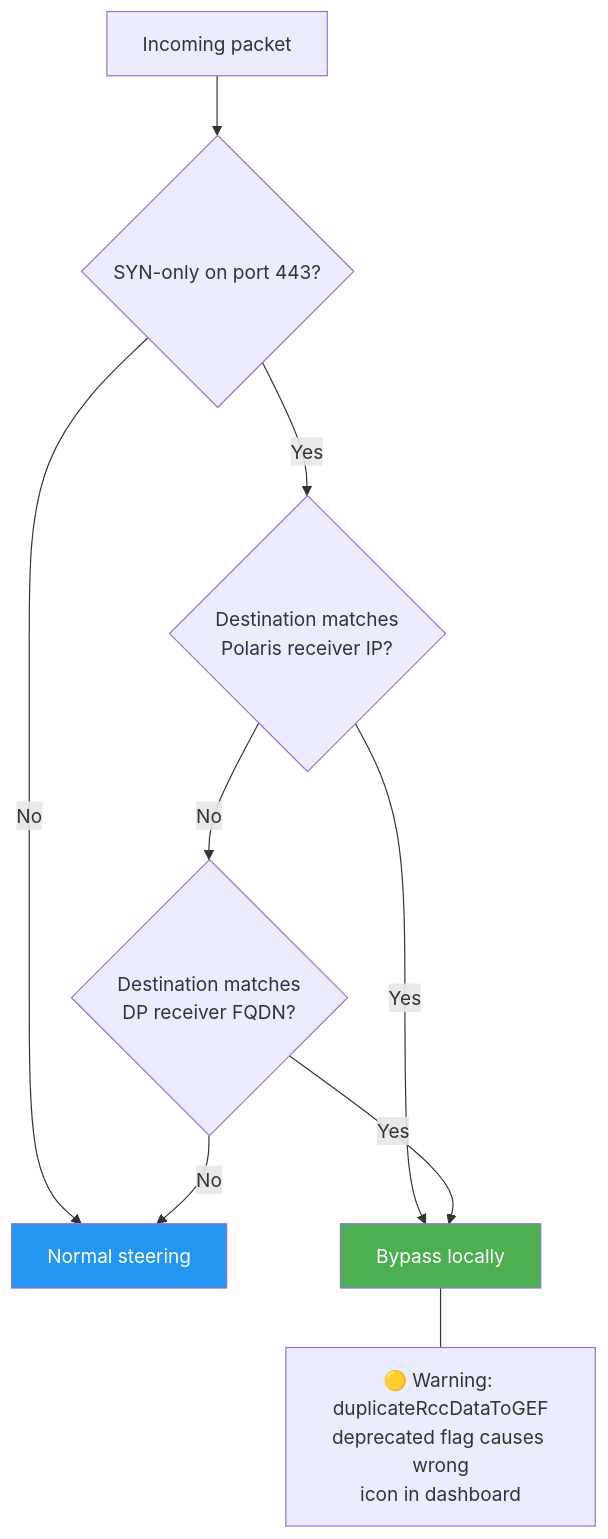
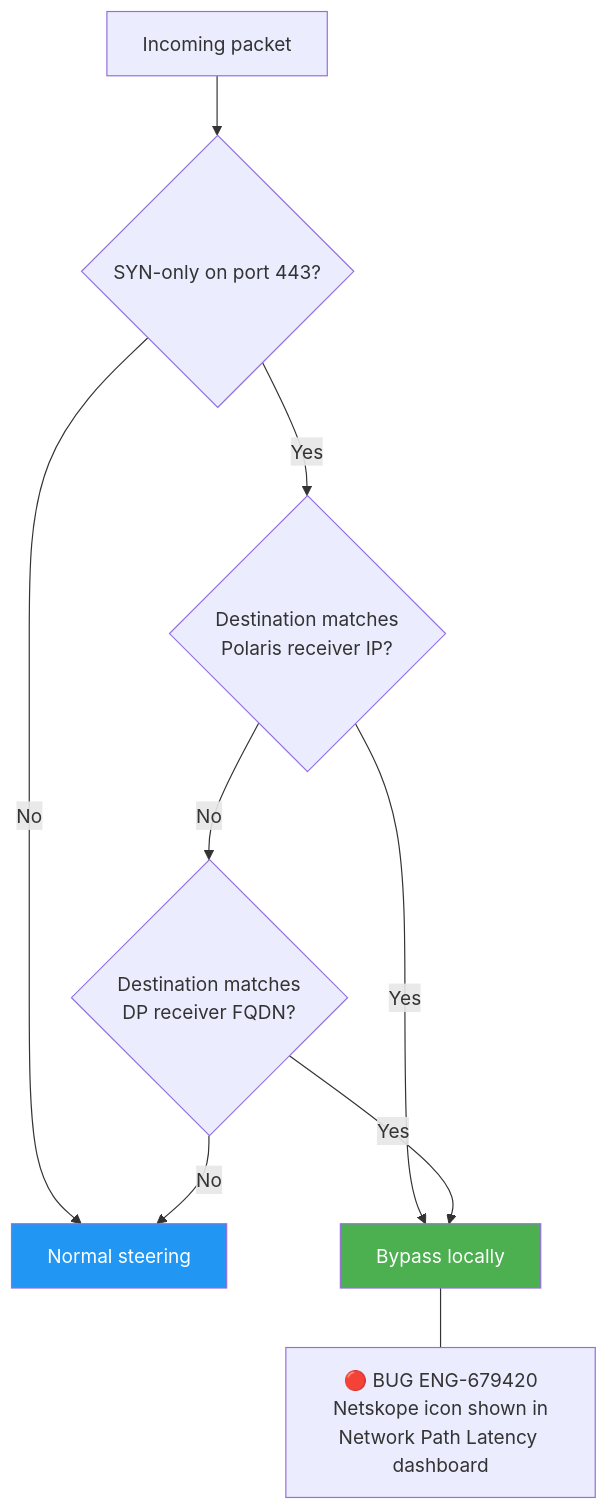
Before and after one commit to ns-klin/endpoint_system_test_plan: the ninth of 14 diagrams in chapters/16_dem.md, drawn with Mermaid. The commit also changed other lines of this file and 26 other files, not shown here.

First line of the commit message:
Add 87 bugs from Excel enrichment and integrate into mermaid diagrams

````diff
--- a/chapters/16_dem.md
+++ b/chapters/16_dem.md
@@ -435,17 +478,17 @@
 ```mermaid
 flowchart TD
     PKT["Incoming packet"] --> SYN{SYN-only on port 443?}
     SYN -->|No| STEER["Normal steering"]
     SYN -->|Yes| POL_CHK{Destination matches<br/>Polaris receiver IP?}
     POL_CHK -->|Yes| BYPASS["Bypass locally"]
     POL_CHK -->|No| DP_CHK{Destination matches<br/>DP receiver FQDN?}
     DP_CHK -->|Yes| BYPASS
     DP_CHK -->|No| STEER
 
-    RISK_FLAG["🟡 Warning: duplicateRccDataToGEF<br/>deprecated flag causes wrong<br/>icon in dashboard"]
+    BUG_679420["🔴 BUG ENG-679420<br/>Netskope icon shown in<br/>Network Path Latency dashboard"]
 
-    BYPASS --- RISK_FLAG
+    BYPASS --- BUG_679420
 
     style BYPASS fill:#4CAF50,color:#fff
     style STEER fill:#2196F3,color:#fff
 ```
````
